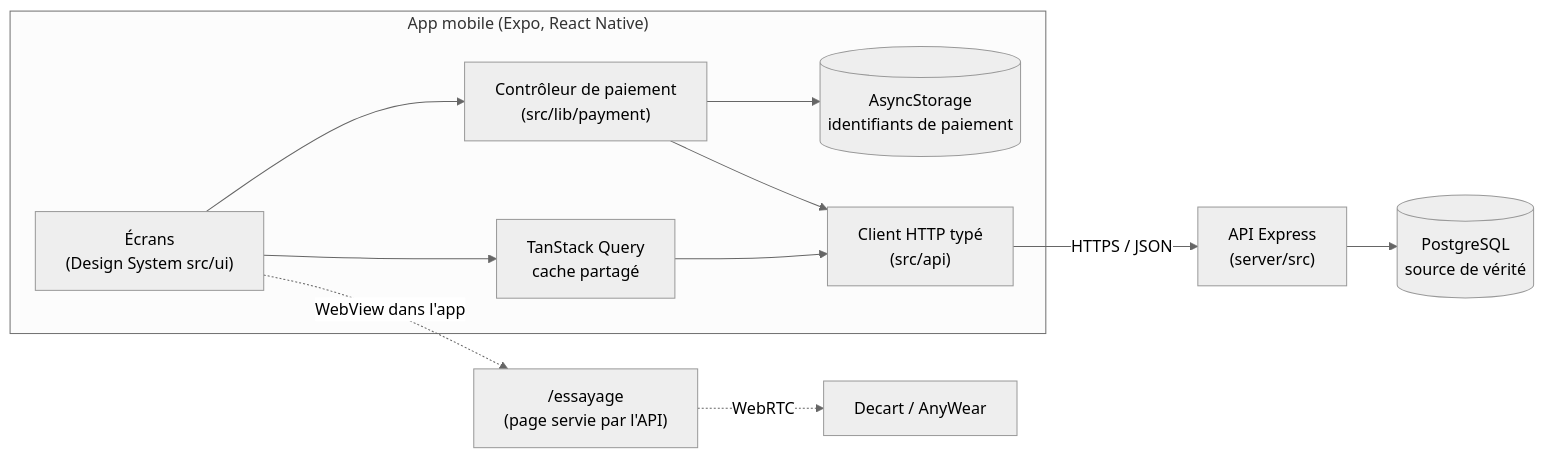
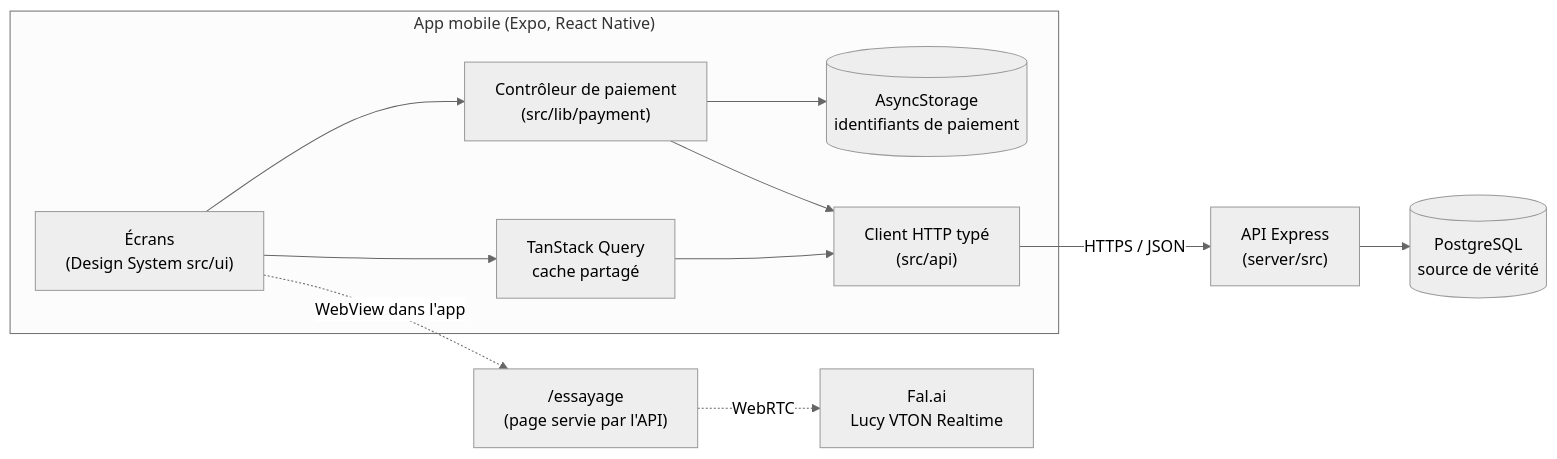
One commit to Risthan/ziko-shop changed the first of 2 diagrams in README.md. Above: the diagram before and after it, drawn with Mermaid (neutral theme). The commit also changed other lines of this file, not shown here.

Commit message:
docs: describe the Fal.ai live try-on, its token and its cost

````diff
--- a/README.md
+++ b/README.md
@@ -121,14 +121,14 @@
 ```mermaid
 flowchart LR
   subgraph App["App mobile (Expo, React Native)"]
     UI["Écrans<br/>(Design System src/ui)"] --> Q["TanStack Query<br/>cache partagé"]
     UI --> P["Contrôleur de paiement<br/>(src/lib/payment)"]
     P --> S[("AsyncStorage<br/>identifiants de paiement")]
     Q --> C["Client HTTP typé<br/>(src/api)"]
     P --> C
   end
   C -- HTTPS / JSON --> API["API Express<br/>(server/src)"]
   API --> DB[("PostgreSQL<br/>source de vérité")]
   UI -. WebView dans l'app .-> T["/essayage<br/>(page servie par l'API)"]
-  T -. WebRTC .-> D["Decart / AnyWear"]
+  T -. WebRTC .-> D["Fal.ai<br/>Lucy VTON Realtime"]
 ```
````
